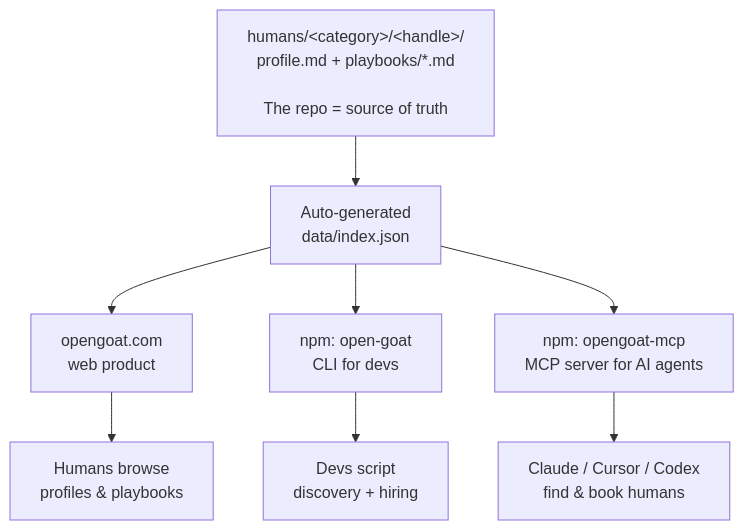
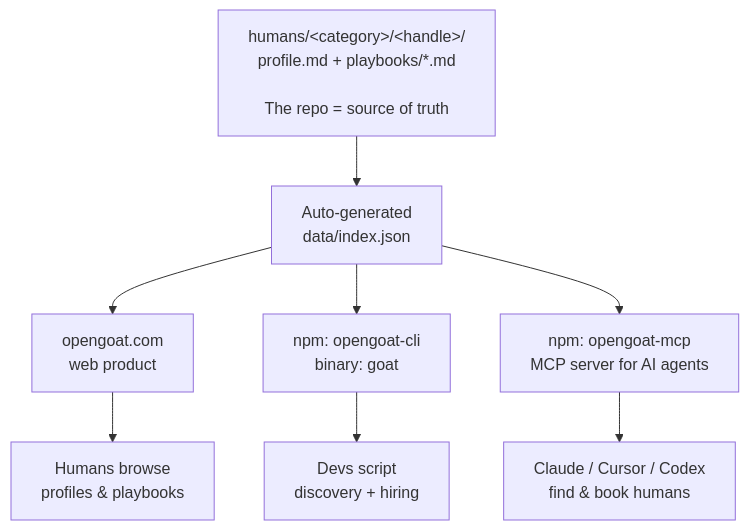
Before and after one commit to OpenGoatHQ/opengoat: the diagram in README.md, drawn with Mermaid. The commit also changed other lines of this file and 11 other files, not shown here.

First line of the commit message:
feat: rename CLI to opengoat-cli, binary to goat, add `goat <category>` shorthand

````diff
--- a/README.md
+++ b/README.md
@@ -43,10 +44,10 @@
 ```mermaid
 flowchart TD
     A[humans/&lt;category&gt;/&lt;handle&gt;/<br/>profile.md + playbooks/*.md<br/><br/>The repo = source of truth] --> B[Auto-generated<br/>data/index.json]
     B --> C[opengoat.com<br/>web product]
-    B --> D[npm: open-goat<br/>CLI for devs]
+    B --> D[npm: opengoat-cli<br/>binary: goat]
     B --> E[npm: opengoat-mcp<br/>MCP server for AI agents]
     C --> F[Humans browse<br/>profiles &amp; playbooks]
     D --> G[Devs script<br/>discovery + hiring]
     E --> H[Claude / Cursor / Codex<br/>find &amp; book humans]
 ```
````
